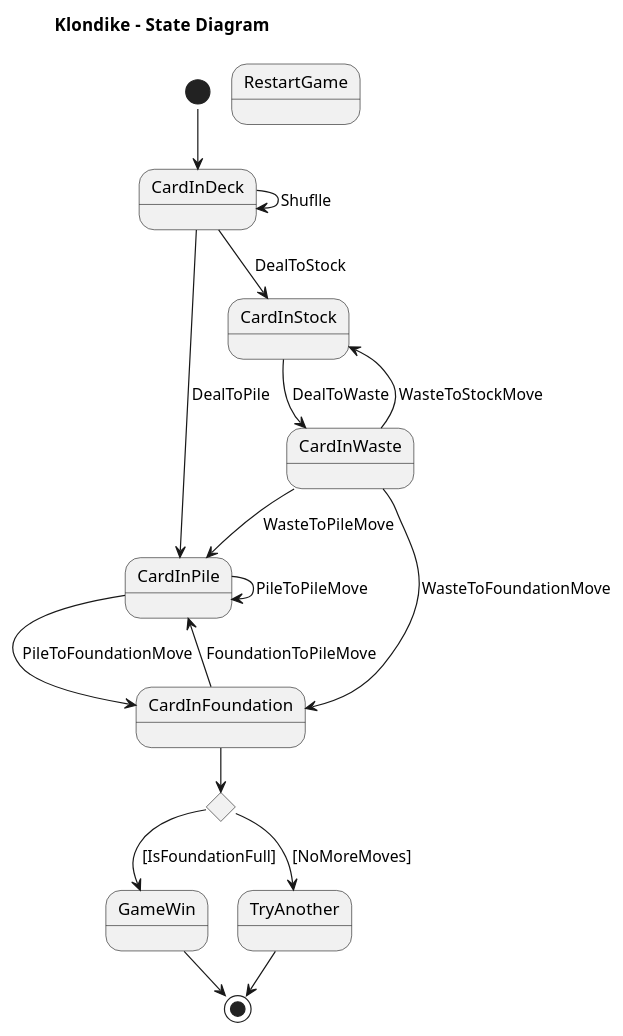
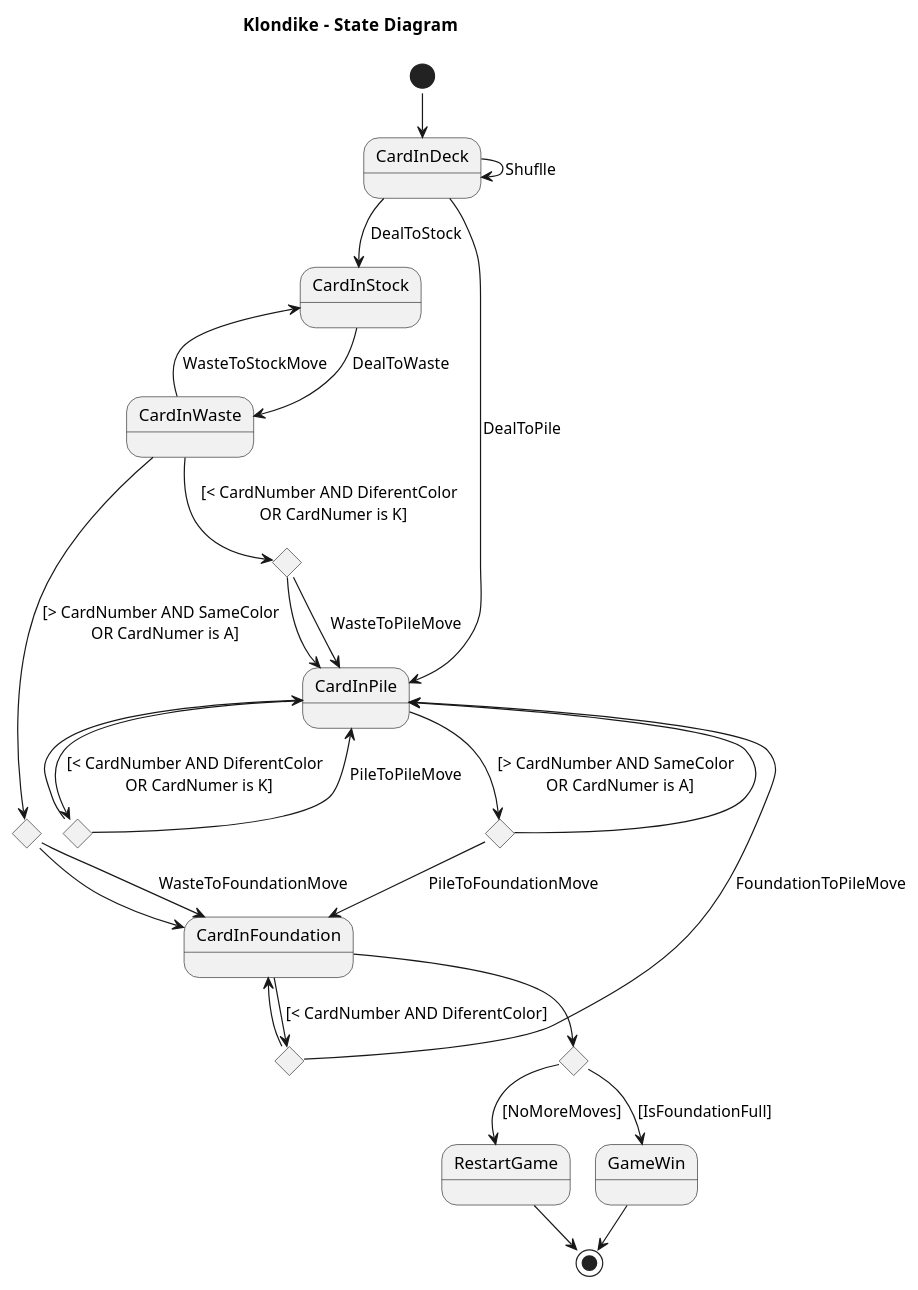
Before and after one commit to AngelOS95P/Maestria_IngSoftware_grupo6: the diagram in 1 Modelo de Dominio/03_Diagrama de estados.plantuml, drawn with PlantUML. The commit also changed 3 other files, not shown here.

```diff
--- a/1 Modelo de Dominio/03_Diagrama de estados.plantuml
+++ b/1 Modelo de Dominio/03_Diagrama de estados.plantuml
@@ -1,34 +1,49 @@
 @startuml StateDiagram
 title Klondike  - State Diagram
 !pragma layout smetana
 
 state CardInDeck
 state CardInPile
 state CardInStock
 state CardInFoundation
 state GameFinal <<choice>>
 state RestartGame
 state GameWin
+state PPDecision <<choice>>
+state PFDecision <<choice>>
+state FPDecision <<choice>>
+state WPDecision <<choice>>
+state WFDecision <<choice>>
 
 [*] --> CardInDeck
 CardInDeck --> CardInDeck: Shuflle
 CardInDeck --> CardInPile: DealToPile
 CardInDeck --> CardInStock: DealToStock
 
-CardInPile --> CardInPile: PileToPileMove
-CardInPile --> CardInFoundation: PileToFoundationMove
-CardInFoundation --> CardInPile: FoundationToPileMove
+CardInPile --> PPDecision: [< CardNumber AND DiferentColor \n OR CardNumer is K]
+PPDecision --> CardInPile: PileToPileMove
+PPDecision --> CardInPile
+CardInPile --> PFDecision: [> CardNumber AND SameColor \n OR CardNumer is A]
+PFDecision --> CardInFoundation: PileToFoundationMove
+PFDecision --> CardInPile
+CardInFoundation --> FPDecision: [< CardNumber AND DiferentColor]
+FPDecision --> CardInPile: FoundationToPileMove
+FPDecision --> CardInFoundation
 
 CardInStock --> CardInWaste: DealToWaste
 CardInWaste --> CardInStock: WasteToStockMove
-CardInWaste --> CardInPile: WasteToPileMove
-CardInWaste --> CardInFoundation: WasteToFoundationMove
+CardInWaste --> WPDecision: [< CardNumber AND DiferentColor \n OR CardNumer is K]
+WPDecision --> CardInPile: WasteToPileMove
+WPDecision --> CardInPile
+CardInWaste --> WFDecision: [> CardNumber AND SameColor \n OR CardNumer is A]
+WFDecision --> CardInFoundation: WasteToFoundationMove
+WFDecision --> CardInFoundation
 
 CardInFoundation --> GameFinal
-GameFinal --> TryAnother: [NoMoreMoves]
+GameFinal --> RestartGame: [NoMoreMoves]
 GameFinal --> GameWin: [IsFoundationFull]
 
-TryAnother --> [*]
+RestartGame --> [*]
 GameWin --> [*]
 
 @enduml
```
